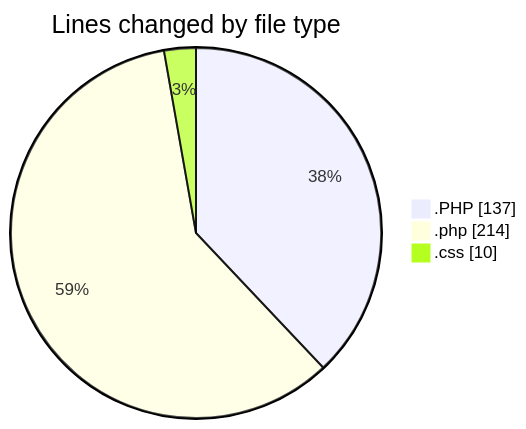
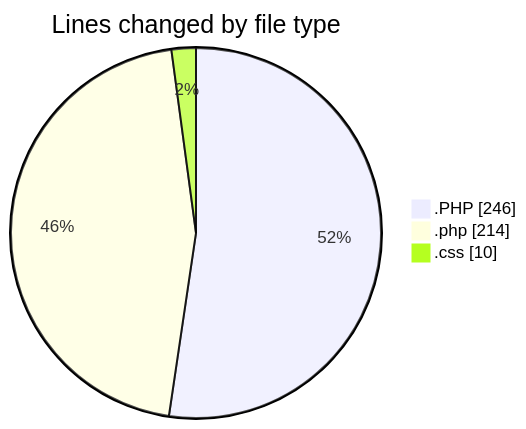
Before and after one commit to LanceThiago/code-tracking: the first of 2 diagrams in 2025-05-15/jogo/README.md, drawn with Mermaid. The commit also changed other lines of this file and 1 other file, not shown here.

````diff
--- a/2025-05-15/jogo/README.md
+++ b/2025-05-15/jogo/README.md
@@ -22,7 +22,7 @@
 ```mermaid
 pie showData
 title Lines changed by file type
-".PHP" : 137
+".PHP" : 246
 ".php" : 214
 ".css" : 10
 ```
````
